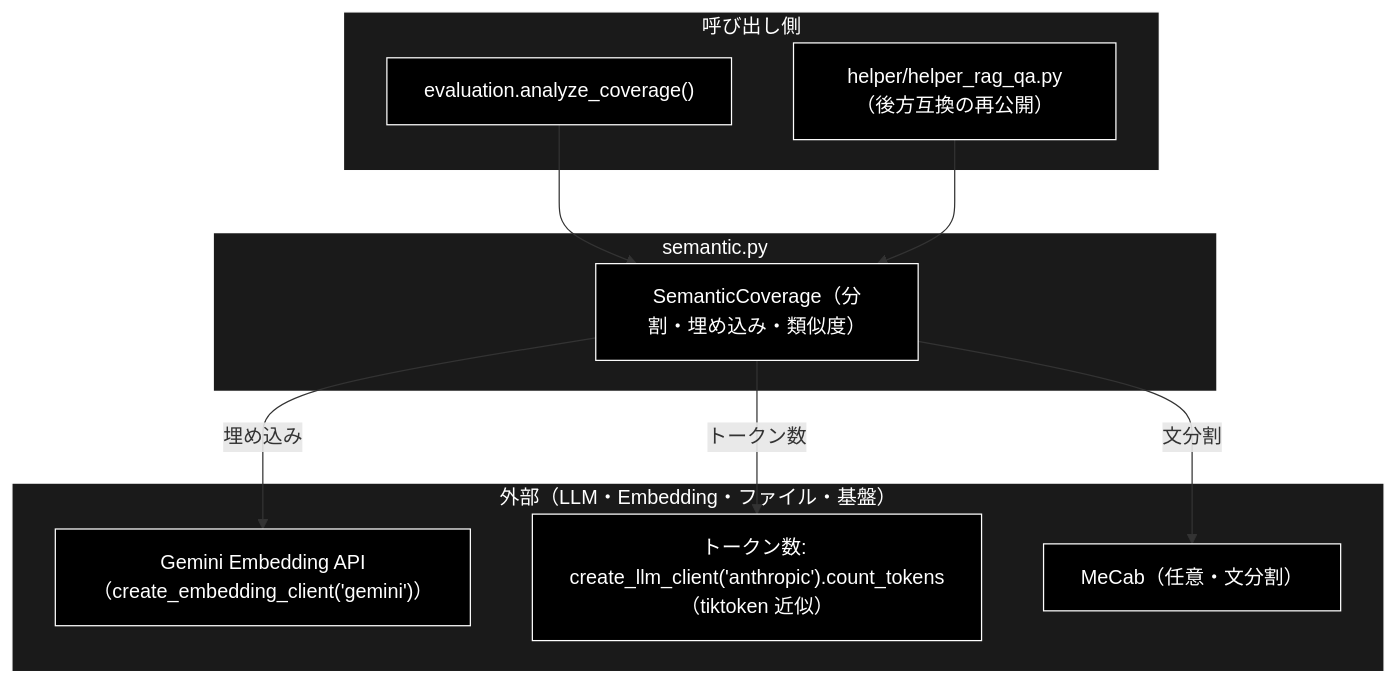
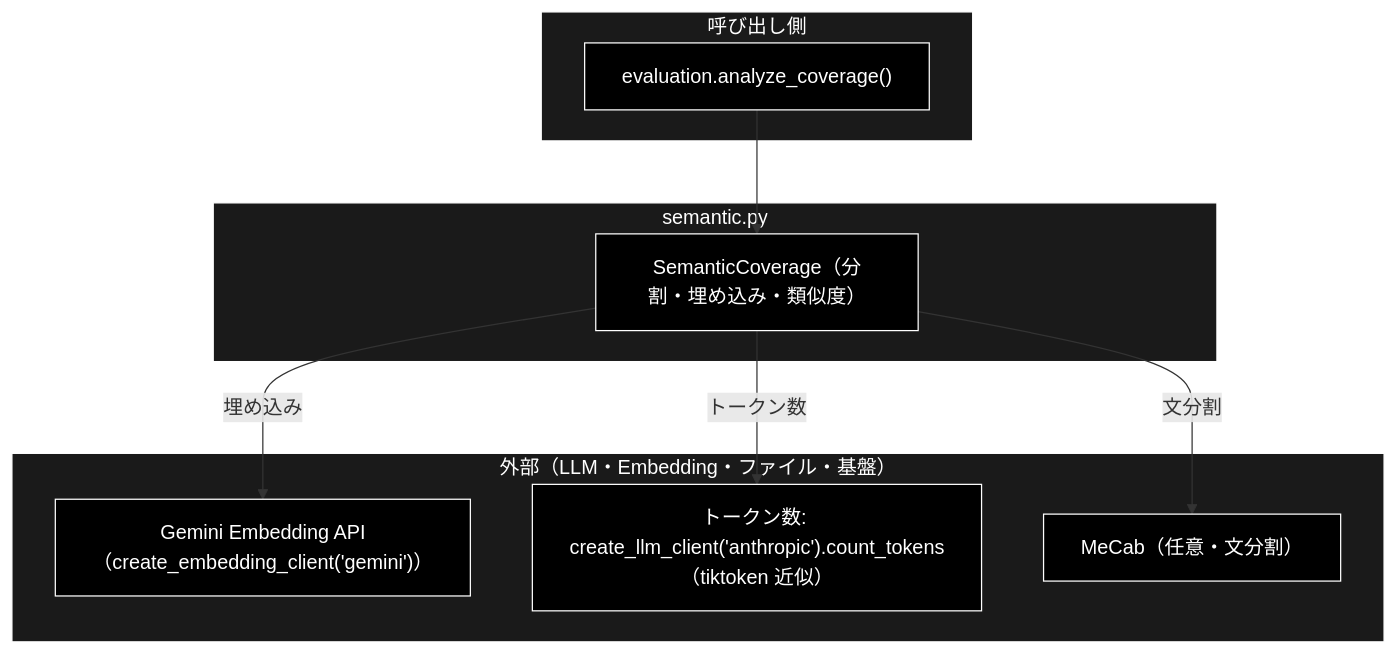
One commit to nakashima2toshio/grace_v2 changed the first of 10 diagrams in qa_generation/docs/semantic.md. Above: the diagram before and after it, drawn with Mermaid. The commit also changed other lines of this file and 36 other files, not shown here.

````diff
--- a/qa_generation/docs/semantic.md
+++ b/qa_generation/docs/semantic.md
@@ -60,26 +60,24 @@
 ```mermaid
 flowchart TB
     subgraph CALLER["呼び出し側"]
         EV["evaluation.analyze_coverage()"]
-        HR["helper/helper_rag_qa.py（後方互換の再公開）"]
     end
     subgraph TARGET["semantic.py"]
         SC["SemanticCoverage（分割・埋め込み・類似度）"]
     end
     subgraph EXTERNAL["外部（LLM・Embedding・ファイル・基盤）"]
         EMB["Gemini Embedding API（create_embedding_client('gemini')）"]
         TOK["トークン数: create_llm_client('anthropic').count_tokens（tiktoken 近似）"]
         MEC["MeCab（任意・文分割）"]
     end
     EV --> SC
-    HR --> SC
     SC -->|"埋め込み"| EMB
     SC -->|"トークン数"| TOK
     SC -->|"文分割"| MEC
 classDef default fill:#000,stroke:#fff,color:#fff
 classDef subgraphStyle fill:#1a1a1a,stroke:#fff,color:#fff
-class EV,HR,SC,EMB,TOK,MEC default
+class EV,SC,EMB,TOK,MEC default
 style CALLER fill:#1a1a1a,stroke:#fff,color:#fff
 style TARGET fill:#1a1a1a,stroke:#fff,color:#fff
 style EXTERNAL fill:#1a1a1a,stroke:#fff,color:#fff
 ```
````
